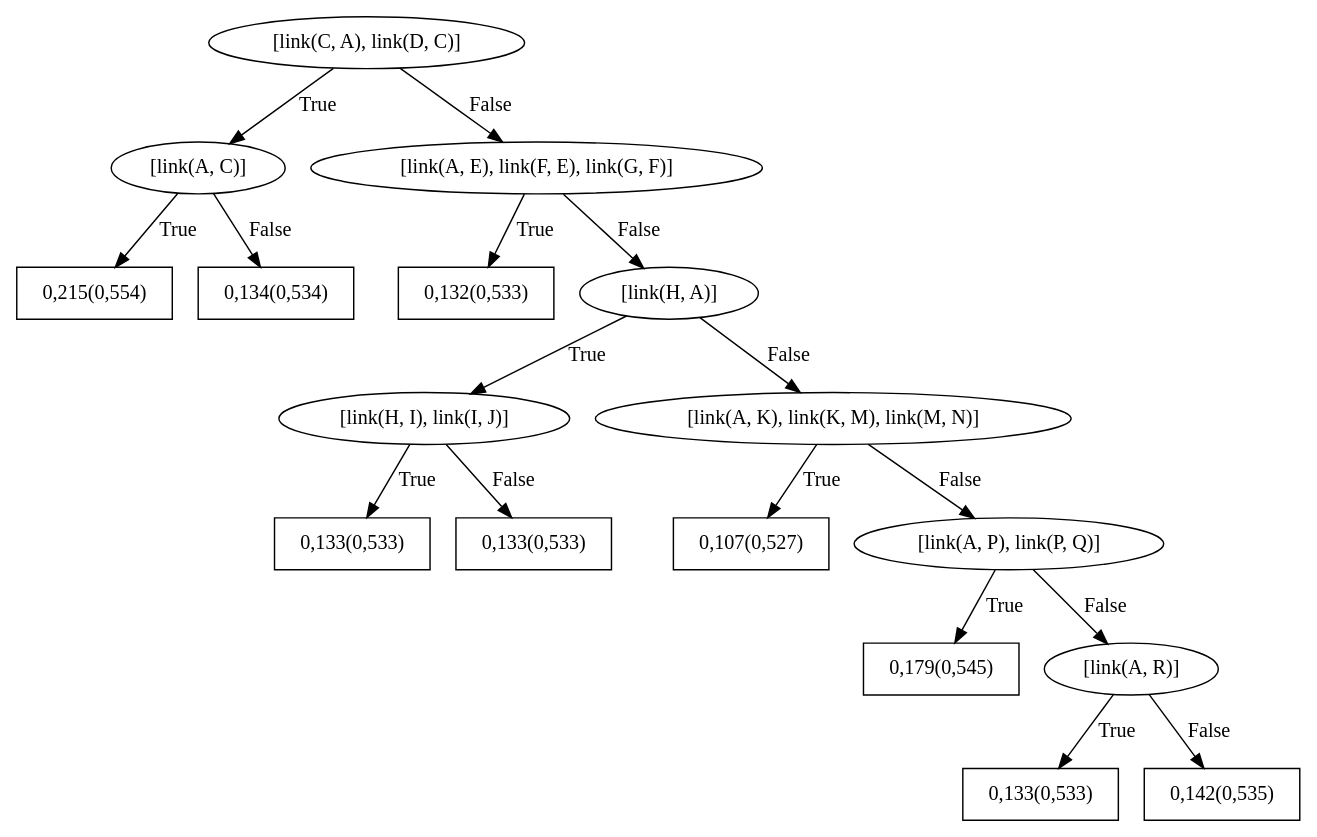
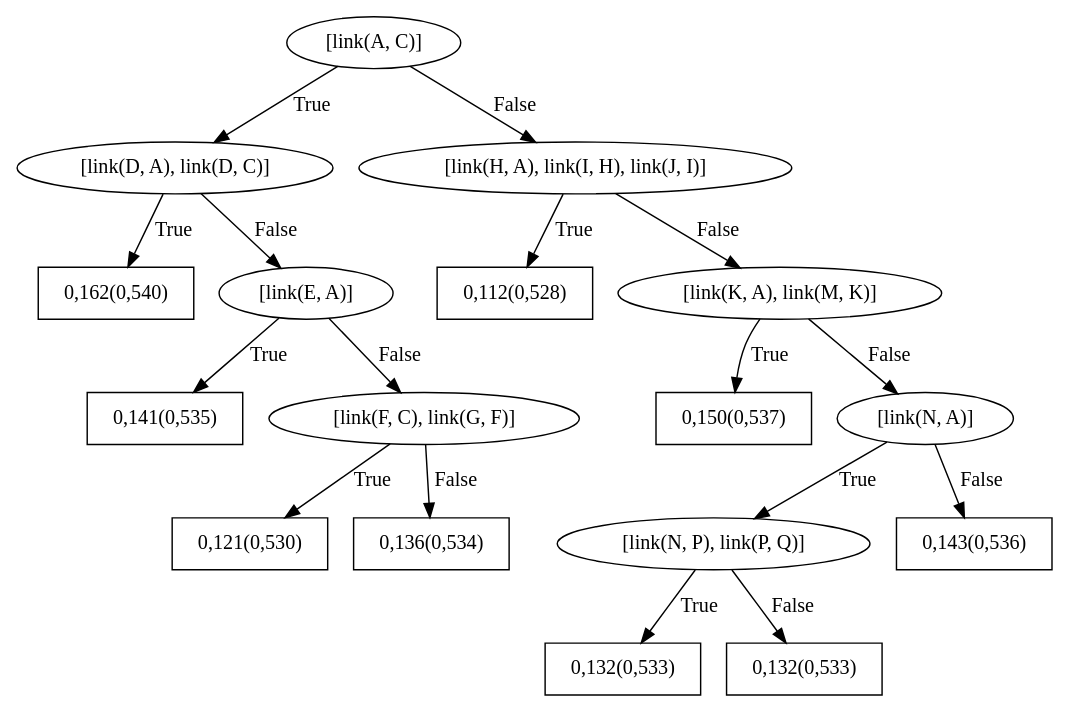
Before and after one commit to GabrielaPC/Trabalho-SRL: the diagram in SRLBoost/data/citeseer/train/models/bRDNs/dotFiles/WILLTreeFor_hasCat7.dot, drawn with Graphviz. The commit also changed 63 other files, not shown here.

```diff
--- a/SRLBoost/data/citeseer/train/models/bRDNs/dotFiles/WILLTreeFor_hasCat7.dot
+++ b/SRLBoost/data/citeseer/train/models/bRDNs/dotFiles/WILLTreeFor_hasCat7.dot
@@ -1,35 +1,35 @@
 digraph G{ 
-1[label = "[link(C, A), link(D, C)]"];
+1[label = "[link(A, C)]"];
 1 -> 2[label="True"];
 1 -> 3[label="False"];
-2[label = "[link(A, C)]"];
+2[label = "[link(D, A), link(D, C)]"];
 2 -> 4[label="True"];
 2 -> 5[label="False"];
-4[shape = box,label = "0,215(0,554)"];
-5[shape = box,label = "0,134(0,534)"];
-3[label = "[link(A, E), link(F, E), link(G, F)]"];
-3 -> 6[label="True"];
-3 -> 7[label="False"];
-6[shape = box,label = "0,132(0,533)"];
-7[label = "[link(H, A)]"];
+4[shape = box,label = "0,162(0,540)"];
+5[label = "[link(E, A)]"];
+5 -> 6[label="True"];
+5 -> 7[label="False"];
+6[shape = box,label = "0,141(0,535)"];
+7[label = "[link(F, C), link(G, F)]"];
 7 -> 8[label="True"];
 7 -> 9[label="False"];
-8[label = "[link(H, I), link(I, J)]"];
-8 -> 10[label="True"];
-8 -> 11[label="False"];
-10[shape = box,label = "0,133(0,533)"];
-11[shape = box,label = "0,133(0,533)"];
-9[label = "[link(A, K), link(K, M), link(M, N)]"];
-9 -> 12[label="True"];
-9 -> 13[label="False"];
-12[shape = box,label = "0,107(0,527)"];
-13[label = "[link(A, P), link(P, Q)]"];
+8[shape = box,label = "0,121(0,530)"];
+9[shape = box,label = "0,136(0,534)"];
+3[label = "[link(H, A), link(I, H), link(J, I)]"];
+3 -> 10[label="True"];
+3 -> 11[label="False"];
+10[shape = box,label = "0,112(0,528)"];
+11[label = "[link(K, A), link(M, K)]"];
+11 -> 12[label="True"];
+11 -> 13[label="False"];
+12[shape = box,label = "0,150(0,537)"];
+13[label = "[link(N, A)]"];
 13 -> 14[label="True"];
 13 -> 15[label="False"];
-14[shape = box,label = "0,179(0,545)"];
-15[label = "[link(A, R)]"];
-15 -> 16[label="True"];
-15 -> 17[label="False"];
-16[shape = box,label = "0,133(0,533)"];
-17[shape = box,label = "0,142(0,535)"];
+14[label = "[link(N, P), link(P, Q)]"];
+14 -> 16[label="True"];
+14 -> 17[label="False"];
+16[shape = box,label = "0,132(0,533)"];
+17[shape = box,label = "0,132(0,533)"];
+15[shape = box,label = "0,143(0,536)"];
 }
```
